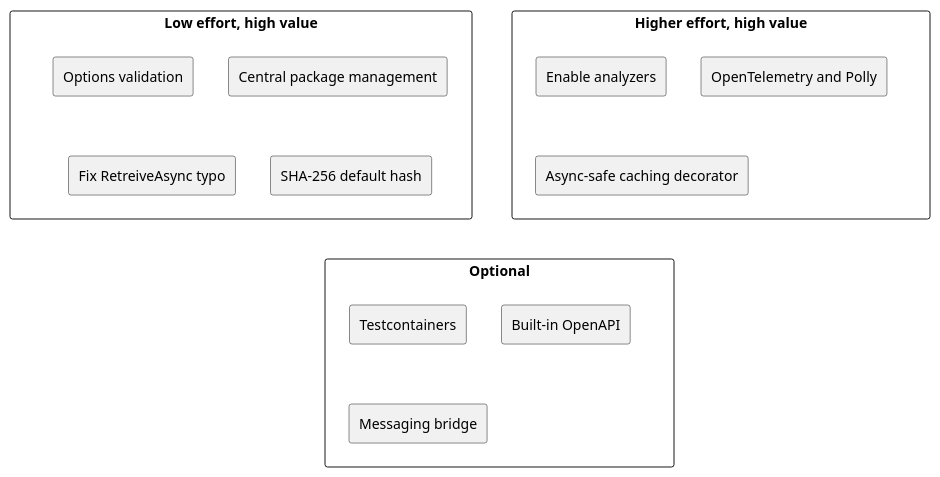
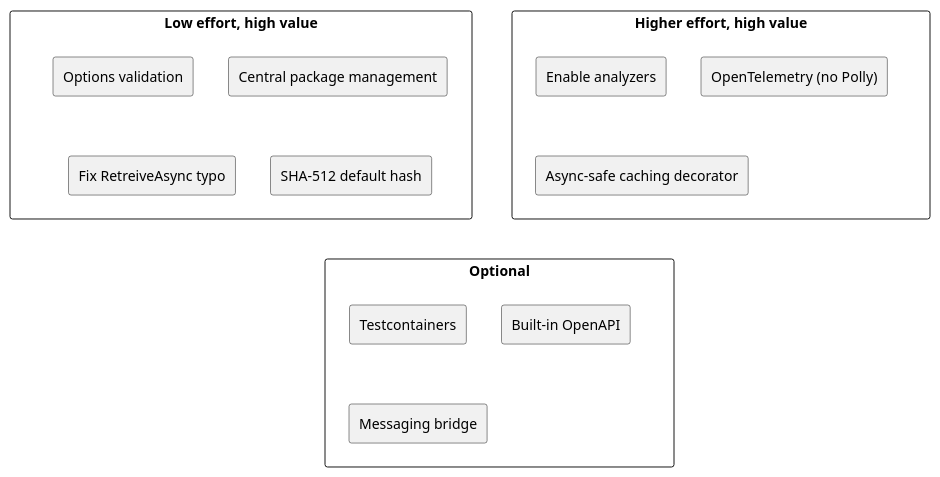
One commit to OutOfBandDevelopment/dotex changed the diagram in docs/patterns-discovery/05-industry-alternatives/README.md. Above: the diagram before and after it, drawn with PlantUML. The commit also changed other lines of this file and 17 other files, not shown here.

First line of the commit message:
Add HTTP API and authorization practices and record architect decisions

````diff
--- a/docs/patterns-discovery/05-industry-alternatives/README.md
+++ b/docs/patterns-discovery/05-industry-alternatives/README.md
@@ -52,23 +54,23 @@
 ```plantuml
 @startuml
 skinparam shadowing false
 rectangle "Low effort, high value" as Q1 {
   rectangle "Options validation" as a
   rectangle "Central package management" as b
   rectangle "Fix RetreiveAsync typo" as c
-  rectangle "SHA-256 default hash" as d
+  rectangle "SHA-512 default hash" as d
 }
 rectangle "Higher effort, high value" as Q2 {
   rectangle "Enable analyzers" as e
-  rectangle "OpenTelemetry and Polly" as f
+  rectangle "OpenTelemetry (no Polly)" as f
   rectangle "Async-safe caching decorator" as g
 }
 rectangle "Optional" as Q3 {
   rectangle "Testcontainers" as h
   rectangle "Built-in OpenAPI" as i
   rectangle "Messaging bridge" as j
 }
 Q1 -[hidden]right- Q2
 Q2 -[hidden]right- Q3
 @enduml
 ```
````
